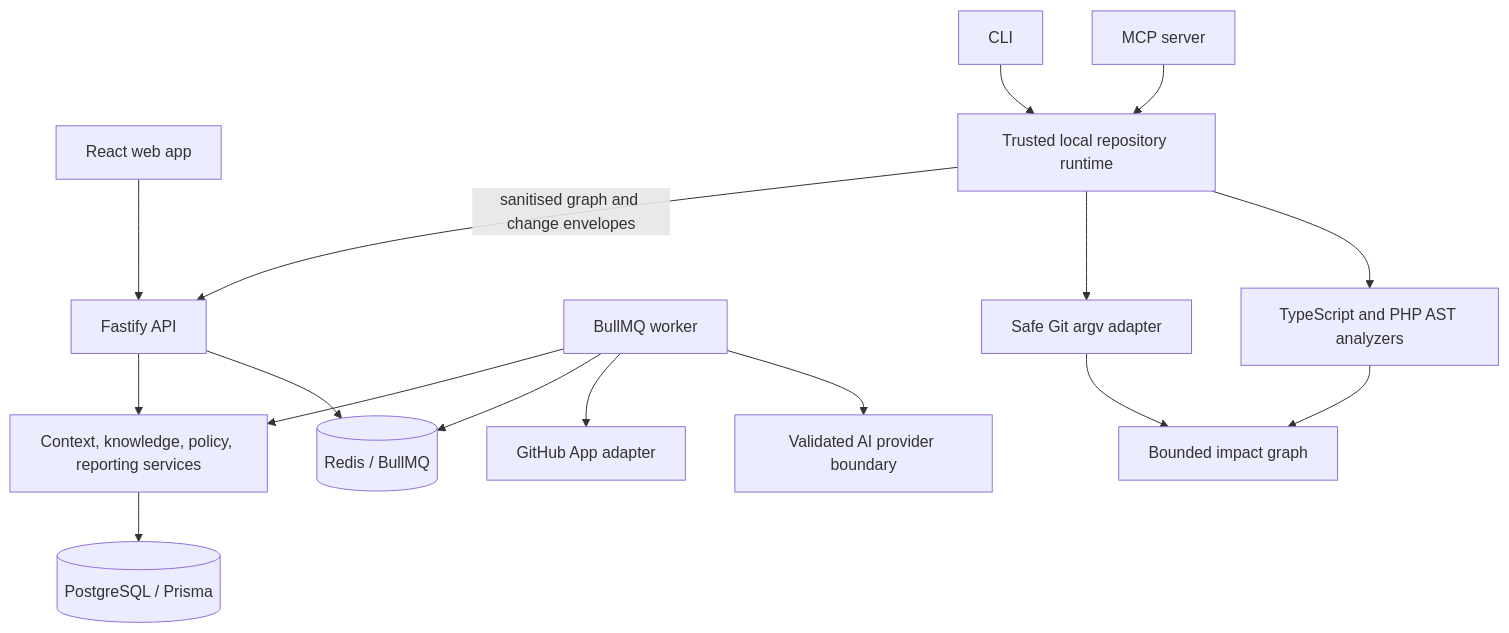
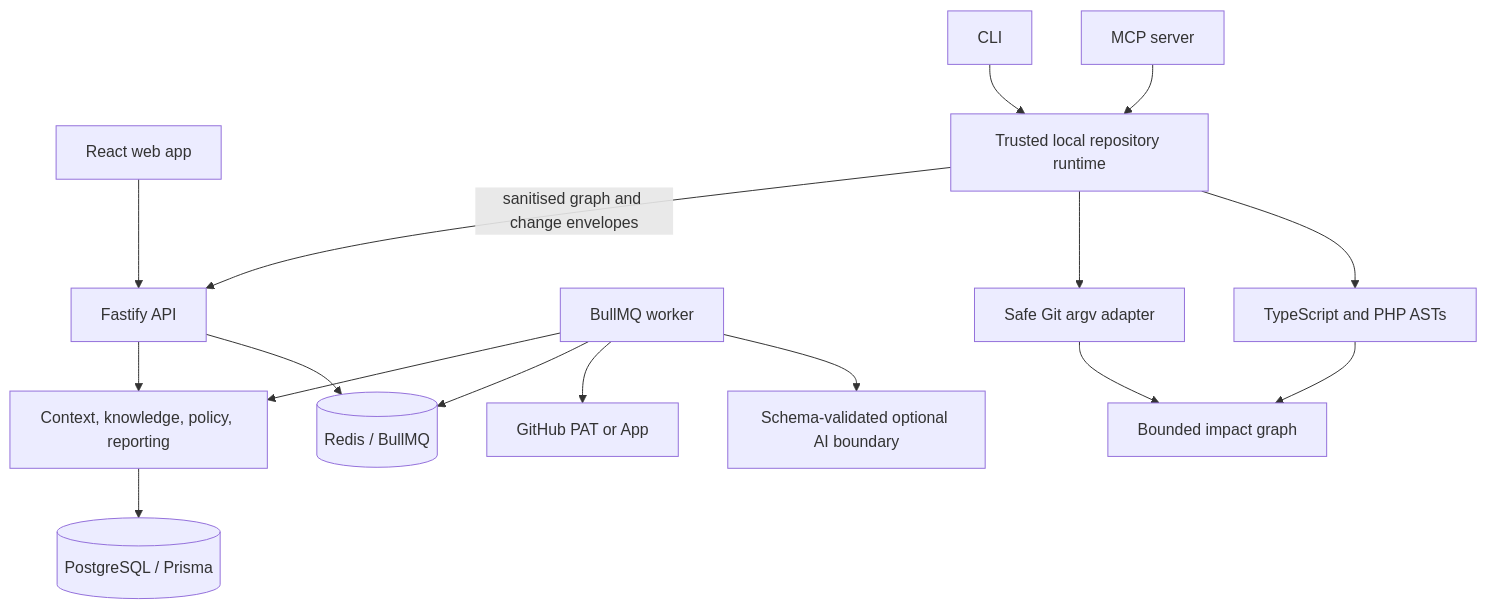
Before and after one commit to lcherone/Lore: the third of 3 diagrams in README.md, drawn with Mermaid. The commit also changed other lines of this file and 44 other files, not shown here.

````diff
--- a/README.md
+++ b/README.md
@@ -49,18 +340,18 @@
 ```mermaid
 flowchart TB
   UI[React web app] --> API[Fastify API]
   CLI[CLI] --> LOCAL[Trusted local repository runtime]
   MCP[MCP server] --> LOCAL
   LOCAL -->|sanitised graph and change envelopes| API
-  API --> CORE[Context, knowledge, policy, reporting services]
+  API --> CORE[Context, knowledge, policy, reporting]
   WORKER[BullMQ worker] --> CORE
   CORE --> PG[(PostgreSQL / Prisma)]
   API --> REDIS[(Redis / BullMQ)]
   WORKER --> REDIS
-  WORKER --> GITHUB[GitHub App adapter]
+  WORKER --> GITHUB[GitHub PAT or App]
   LOCAL --> GIT[Safe Git argv adapter]
-  LOCAL --> AST[TypeScript and PHP AST analyzers]
+  LOCAL --> AST[TypeScript and PHP ASTs]
   AST --> GRAPH[Bounded impact graph]
   GIT --> GRAPH
-  WORKER --> AI[Validated AI provider boundary]
+  WORKER --> AI[Schema-validated optional AI boundary]
 ```
````
